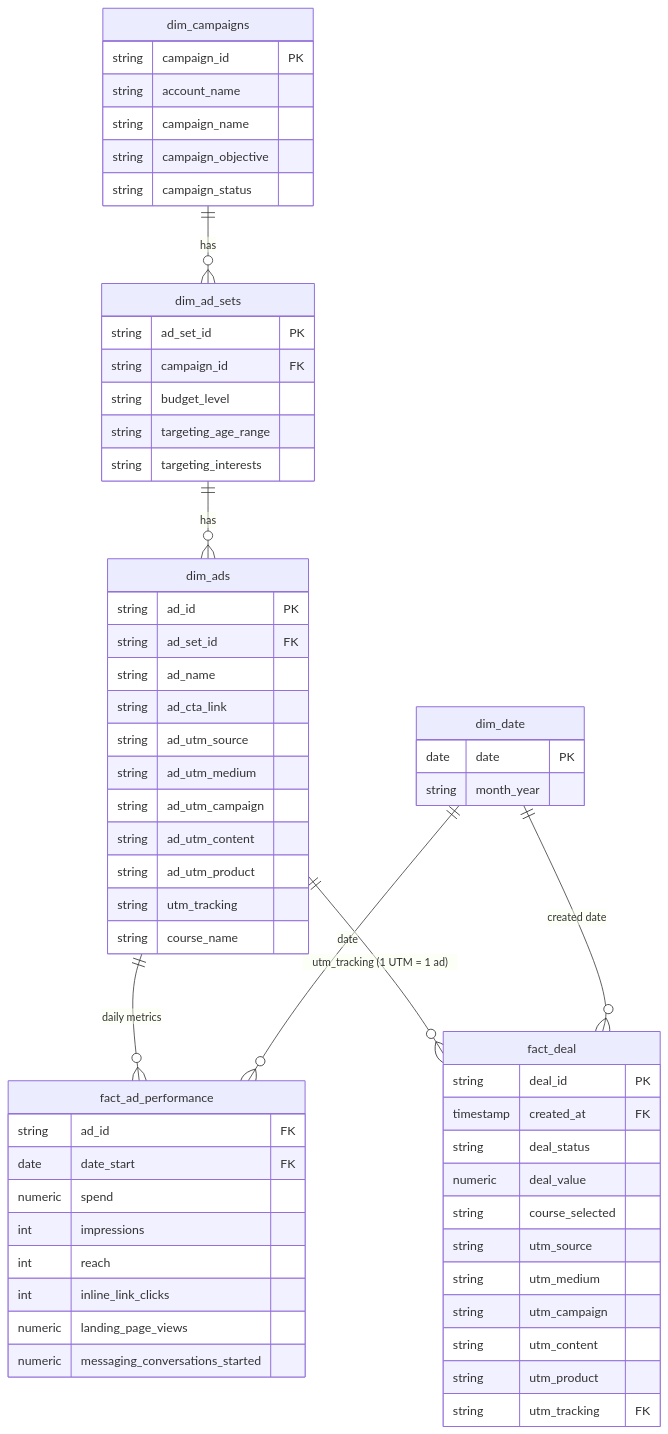
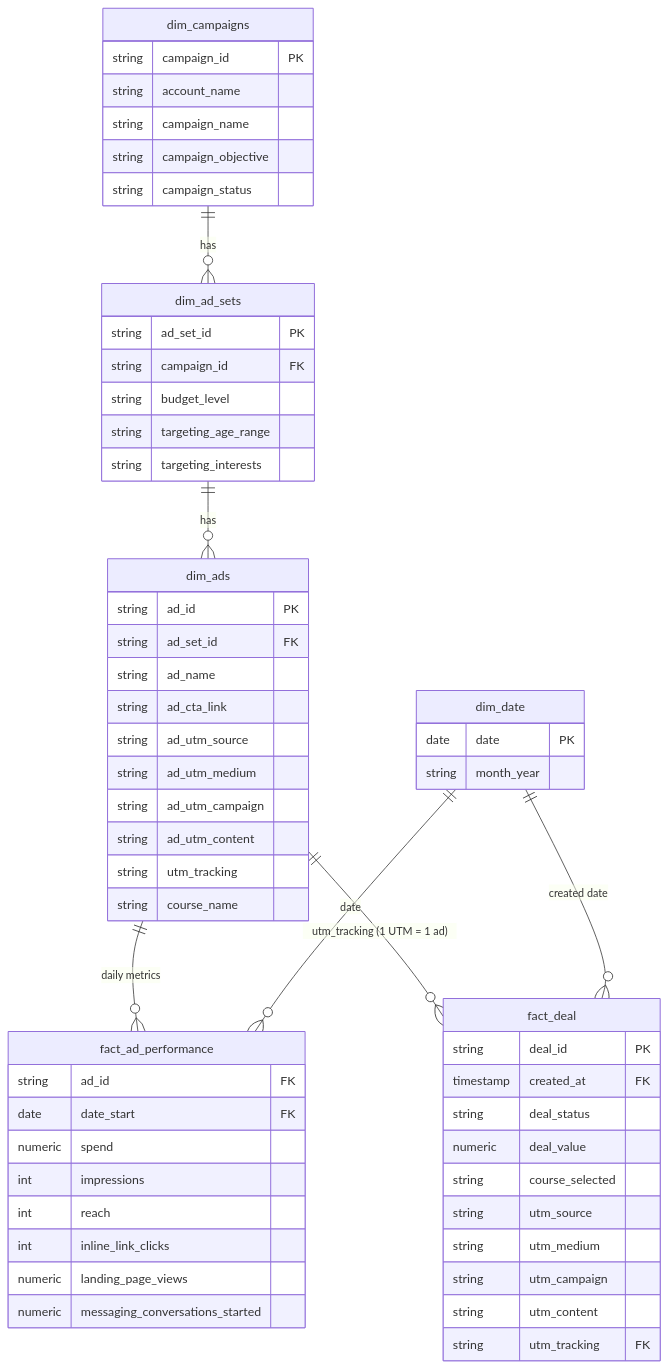
The second of 2 diagrams in README.md (tuhoang3112/fb-ads-lead-attribution), drawn with Mermaid before and after one commit. The commit also changed other lines of this file, not shown here.

Commit message:
Model diagram: drop utm_product and ad_utm_product
Claude-Session: https://claude.ai/code/session_01FE233U4YTNJntBW99dBEpw

````diff
--- a/README.md
+++ b/README.md
@@ -111,64 +111,62 @@
 ```mermaid
 erDiagram
   dim_campaigns ||--o{ dim_ad_sets : "has"
   dim_ad_sets ||--o{ dim_ads : "has"
   dim_ads ||--o{ fact_ad_performance : "daily metrics"
   dim_ads ||--o{ fact_deal : "utm_tracking (1 UTM = 1 ad)"
   dim_date ||--o{ fact_ad_performance : "date"
   dim_date ||--o{ fact_deal : "created date"
 
   dim_campaigns {
     string campaign_id PK
     string account_name
     string campaign_name
     string campaign_objective
     string campaign_status
   }
   dim_ad_sets {
     string ad_set_id PK
     string campaign_id FK
     string budget_level
     string targeting_age_range
     string targeting_interests
   }
   dim_ads {
     string ad_id PK
     string ad_set_id FK
     string ad_name
     string ad_cta_link
     string ad_utm_source
     string ad_utm_medium
     string ad_utm_campaign
     string ad_utm_content
-    string ad_utm_product
     string utm_tracking
     string course_name
   }
   fact_ad_performance {
     string ad_id FK
     date date_start FK
     numeric spend
     int impressions
     int reach
     int inline_link_clicks
     numeric landing_page_views
     numeric messaging_conversations_started
   }
   fact_deal {
     string deal_id PK
     timestamp created_at FK
     string deal_status
     numeric deal_value
     string course_selected
     string utm_source
     string utm_medium
     string utm_campaign
     string utm_content
-    string utm_product
     string utm_tracking FK
   }
   dim_date {
     date date PK
     string month_year
   }
 ```
````
